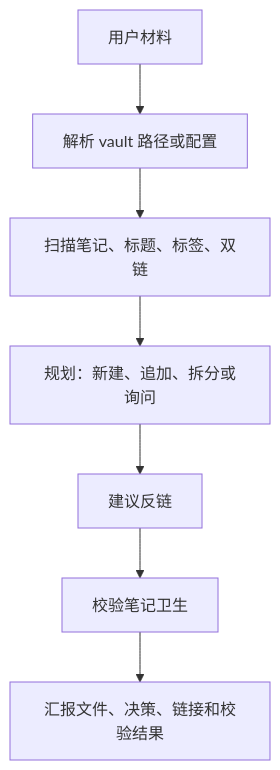
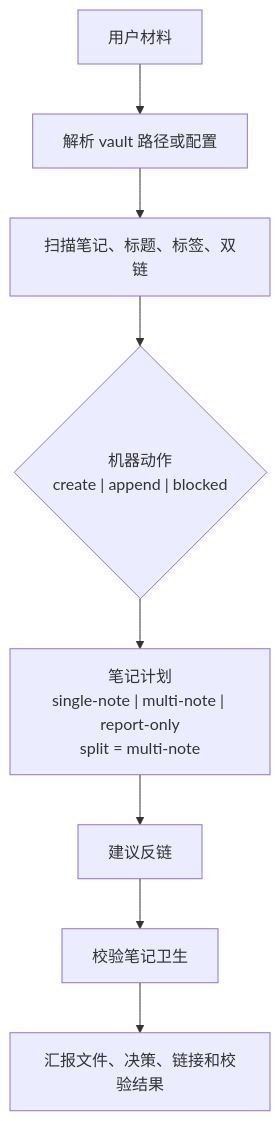
Before and after one commit to Totoro-qaq/Cobsidian: the second of 2 diagrams in docs/README.zh-CN.md, drawn with Mermaid. The commit also changed other lines of this file and 43 other files, not shown here.

````diff
--- a/docs/README.zh-CN.md
+++ b/docs/README.zh-CN.md
@@ -98,9 +144,10 @@
 ```mermaid
 flowchart TD
     U["用户材料"] --> R["解析 vault 路径或配置"]
     R --> S["扫描笔记、标题、标签、双链"]
-    S --> P["规划：新建、追加、拆分或询问"]
+    S --> A{"机器动作<br/>create | append | blocked"}
+    A --> P["笔记计划<br/>single-note | multi-note | report-only<br/>split = multi-note"]
     P --> L["建议反链"]
     L --> V["校验笔记卫生"]
     V --> O["汇报文件、决策、链接和校验结果"]
 ```
````
